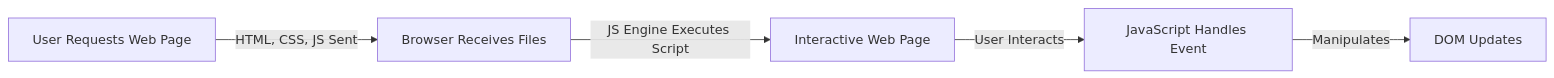
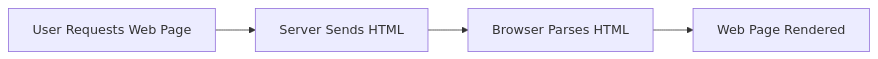
The diagram in docs/web-developemnt/html/html-0.md (souvikpramanikgit/check), drawn with Mermaid before and after one commit. The commit also changed other lines of this file and 29 other files, not shown here.

````diff
--- a/docs/web-developemnt/html/html-0.md
+++ b/docs/web-developemnt/html/html-0.md
@@ -33,7 +35,6 @@
 ```mermaid
 graph LR
-  A[User Requests Web Page] -->|HTML, CSS, JS Sent| B[Browser Receives Files]
-  B -->|JS Engine Executes Script| C[Interactive Web Page]
-  C -->|User Interacts| D[JavaScript Handles Event]
-  D -->|Manipulates| E[DOM Updates]
+  A[User Requests Web Page] --> B[Server Sends HTML]
+  B --> C[Browser Parses HTML]
+  C --> D[Web Page Rendered]
 ```
````
